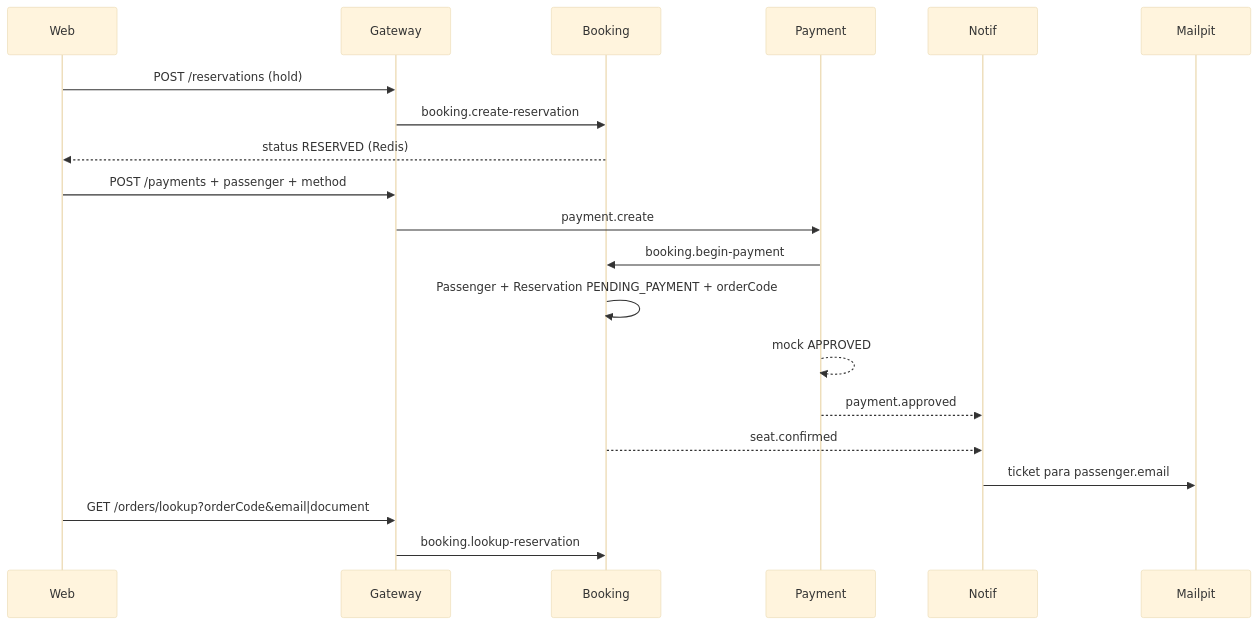
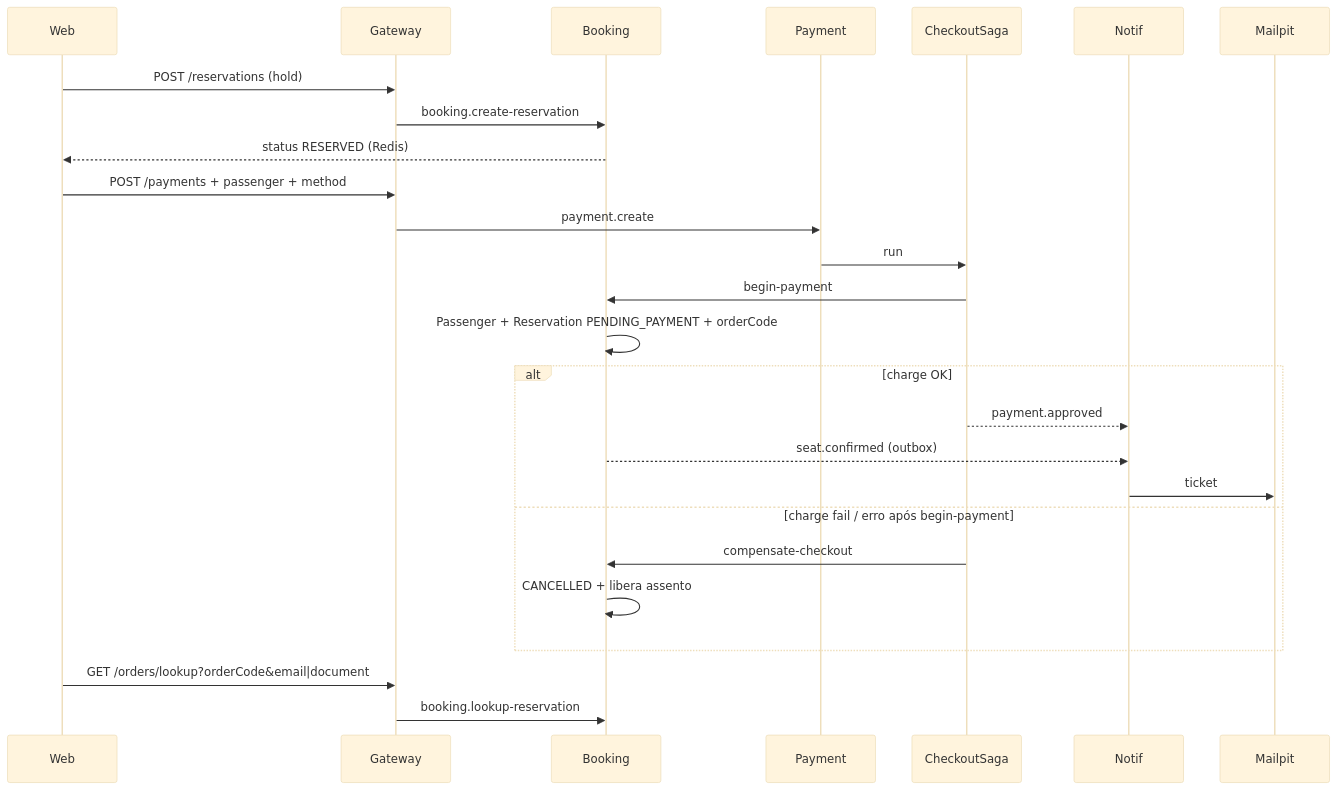
One commit to matheus55391/bus-booking-platform changed the second of 2 diagrams in docs/architecture.md. Above: the diagram before and after it, drawn with Mermaid (base theme). The commit also changed other lines of this file and 33 other files, not shown here.

First line of the commit message:
feat(booking-service, api-gateway): implement outbox pattern and enhance checkout saga

````diff
--- a/docs/architecture.md
+++ b/docs/architecture.md
@@ -39,25 +39,31 @@
 ```mermaid
 sequenceDiagram
   participant Web
   participant GW as Gateway
   participant Booking
   participant Payment
+  participant Saga as CheckoutSaga
   participant Notif
   participant Mailpit
 
   Web->>GW: POST /reservations (hold)
   GW->>Booking: booking.create-reservation
   Booking-->>Web: status RESERVED (Redis)
 
   Web->>GW: POST /payments + passenger + method
   GW->>Payment: payment.create
-  Payment->>Booking: booking.begin-payment
+  Payment->>Saga: run
+  Saga->>Booking: begin-payment
   Booking->>Booking: Passenger + Reservation PENDING_PAYMENT + orderCode
-  Payment-->>Payment: mock APPROVED
-  Payment-->>Notif: payment.approved
-  Booking-->>Notif: seat.confirmed
-  Notif->>Mailpit: ticket para passenger.email
+  alt charge OK
+    Saga-->>Notif: payment.approved
+    Booking-->>Notif: seat.confirmed (outbox)
+    Notif->>Mailpit: ticket
+  else charge fail / erro após begin-payment
+    Saga->>Booking: compensate-checkout
+    Booking->>Booking: CANCELLED + libera assento
+  end
 
   Web->>GW: GET /orders/lookup?orderCode&email|document
   GW->>Booking: booking.lookup-reservation
 ```
````
